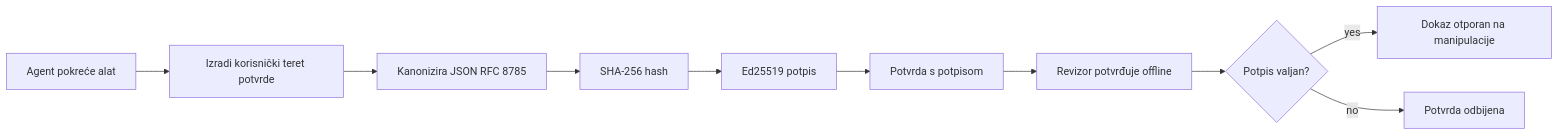
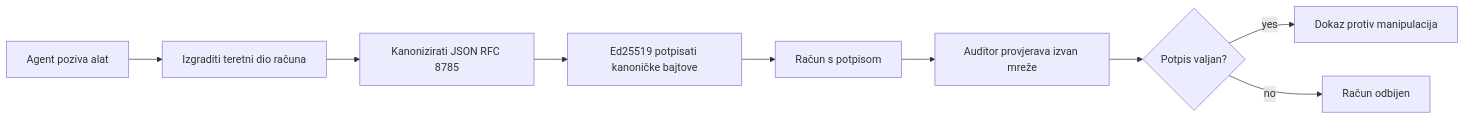
The first of 2 diagrams in mirrors/repos/microsoft@ai-agents-for-beginners/translations/hr/18-securing-ai-agents/README.md (gabrielmoreira/agent-skills-mirror), drawn with Mermaid before and after one commit. The commit also changed other lines of this file and 4262 other files, not shown here.

````diff
--- a/mirrors/repos/microsoft@ai-agents-for-beginners/translations/hr/18-securing-ai-agents/README.md
+++ b/mirrors/repos/microsoft@ai-agents-for-beginners/translations/hr/18-securing-ai-agents/README.md
@@ -51,12 +51,11 @@
 ```mermaid
 flowchart LR
-    A[Agent pokreće alat] --> B[Izradi korisnički teret potvrde]
-    B --> C[Kanonizira JSON RFC 8785]
-    C --> D[SHA-256 hash]
-    D --> E[Ed25519 potpis]
-    E --> F[Potvrda s potpisom]
-    F --> G[Revizor potvrđuje offline]
+    A[Agent poziva alat] --> B[Izgraditi teretni dio računa]
+    B --> C[Kanonizirati JSON RFC 8785]
+    C --> E[Ed25519 potpisati kanoničke bajtove]
+    E --> F[Račun s potpisom]
+    F --> G[Auditor provjerava izvan mreže]
     G --> H{Potpis valjan?}
-    H -- yes --> I[Dokaz otporan na manipulacije]
-    H -- no --> J[Potvrda odbijena]
+    H -- yes --> I[Dokaz protiv manipulacija]
+    H -- no --> J[Račun odbijen]
 ```
````
